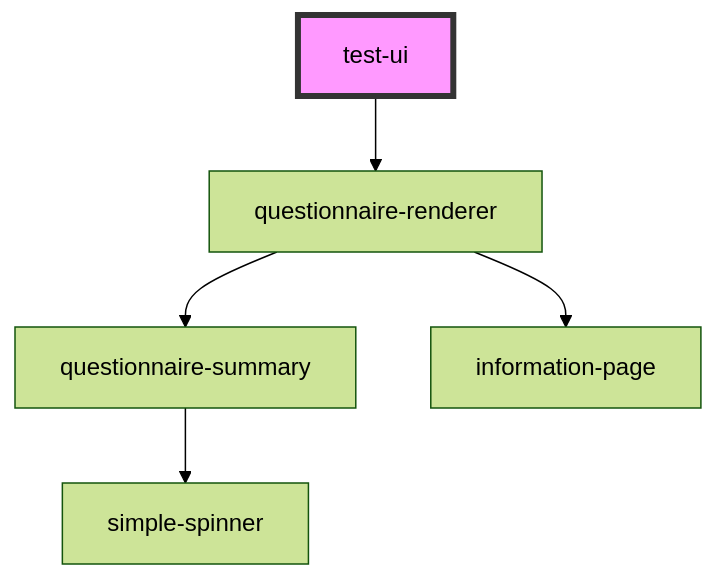
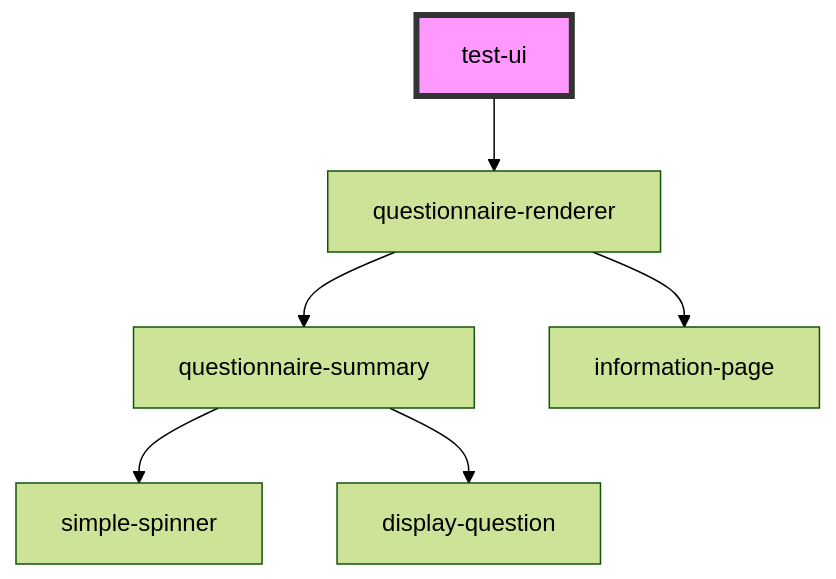
One commit to molit-institute/questionnaire-renderer changed the diagram in src/components/test-ui/readme.md. Above: the diagram before and after it, drawn with Mermaid (forest theme). The commit also changed 8 other files, not shown here.

````diff
--- a/src/components/test-ui/readme.md
+++ b/src/components/test-ui/readme.md
@@ -15,8 +15,9 @@
 ```mermaid
 graph TD;
   test-ui --> questionnaire-renderer
   questionnaire-renderer --> questionnaire-summary
   questionnaire-renderer --> information-page
   questionnaire-summary --> simple-spinner
+  questionnaire-summary --> display-question
   style test-ui fill:#f9f,stroke:#333,stroke-width:4px
 ```
````
